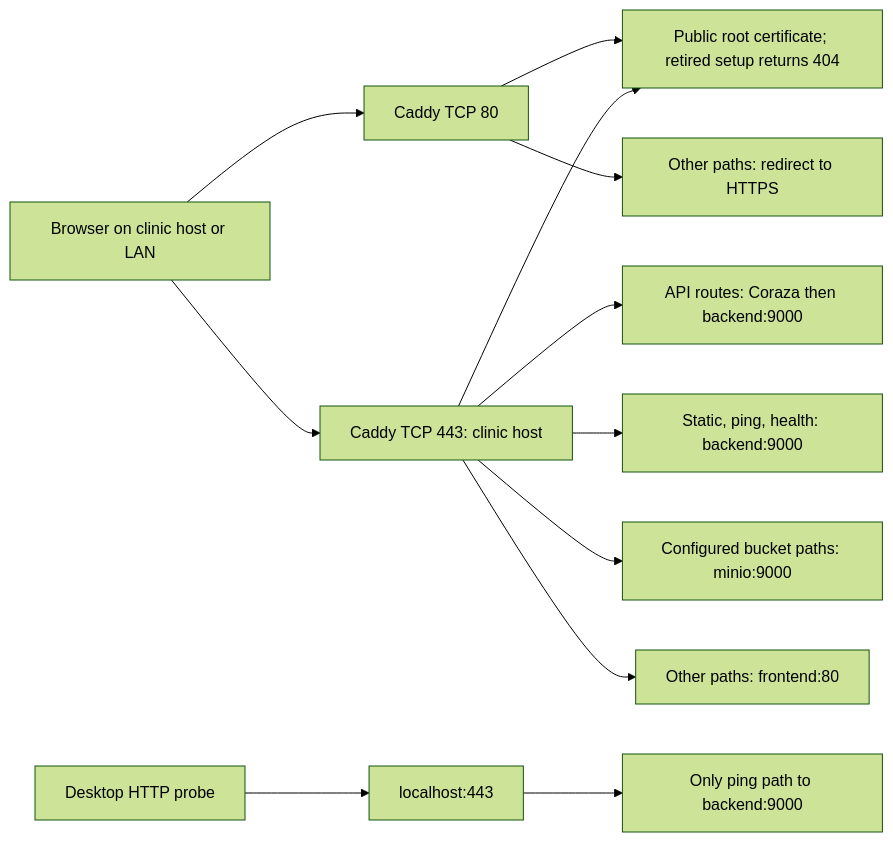
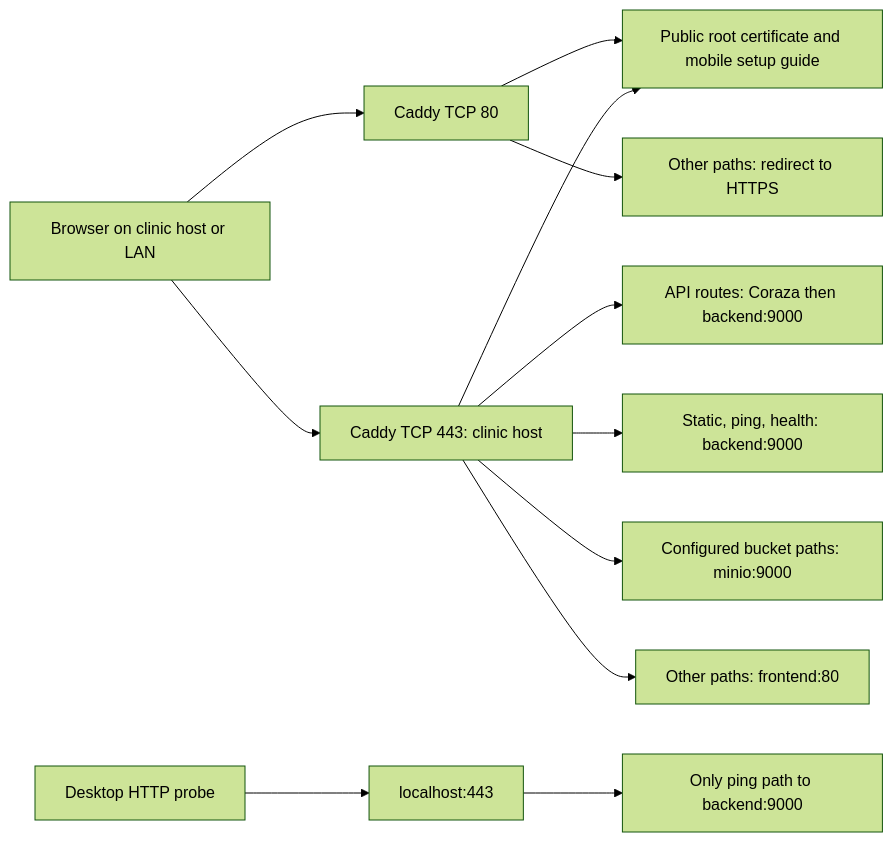
The fourth of 6 diagrams in docs/clinic-lifecycle.md (ohcnetwork/care_desktop), drawn with Mermaid (forest theme) before and after one commit. The commit also changed other lines of this file and 8 other files, not shown here.

````diff
--- a/docs/clinic-lifecycle.md
+++ b/docs/clinic-lifecycle.md
@@ -546,14 +546,14 @@
 ```mermaid
 flowchart LR
     Browser["Browser on clinic host or LAN"] --> HTTP["Caddy TCP 80"]
     Browser --> HTTPS["Caddy TCP 443: clinic host"]
-    HTTP --> Bootstrap["Public root certificate; retired setup returns 404"]
+    HTTP --> Bootstrap["Public root certificate and mobile setup guide"]
     HTTP --> Redirect["Other paths: redirect to HTTPS"]
     HTTPS --> Bootstrap
     HTTPS --> API["API routes: Coraza then backend:9000"]
     HTTPS --> OtherAPI["Static, ping, health: backend:9000"]
     HTTPS --> Buckets["Configured bucket paths: minio:9000"]
     HTTPS --> Web["Other paths: frontend:80"]
     Probe["Desktop HTTP probe"] --> Local["localhost:443"]
     Local --> Ping["Only ping path to backend:9000"]
 ```
````
